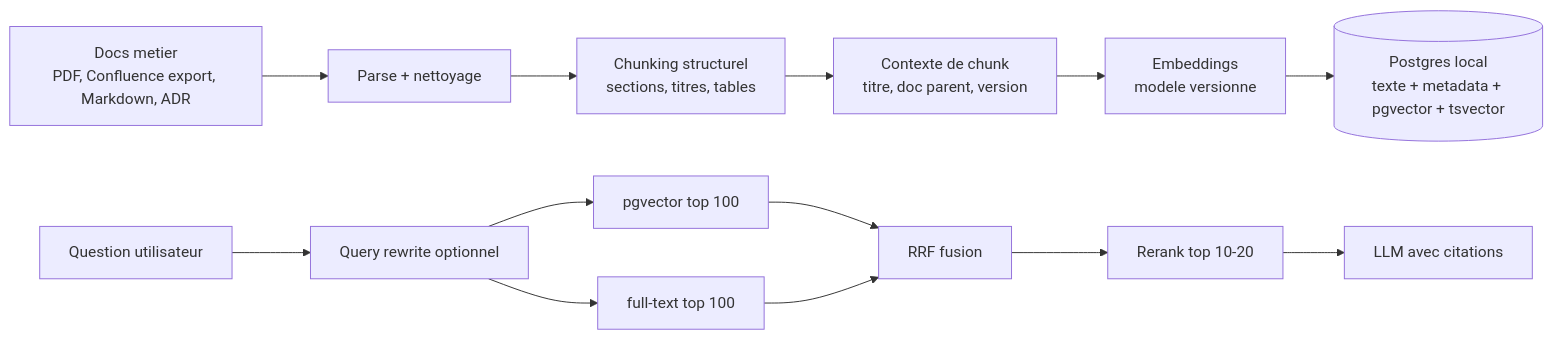
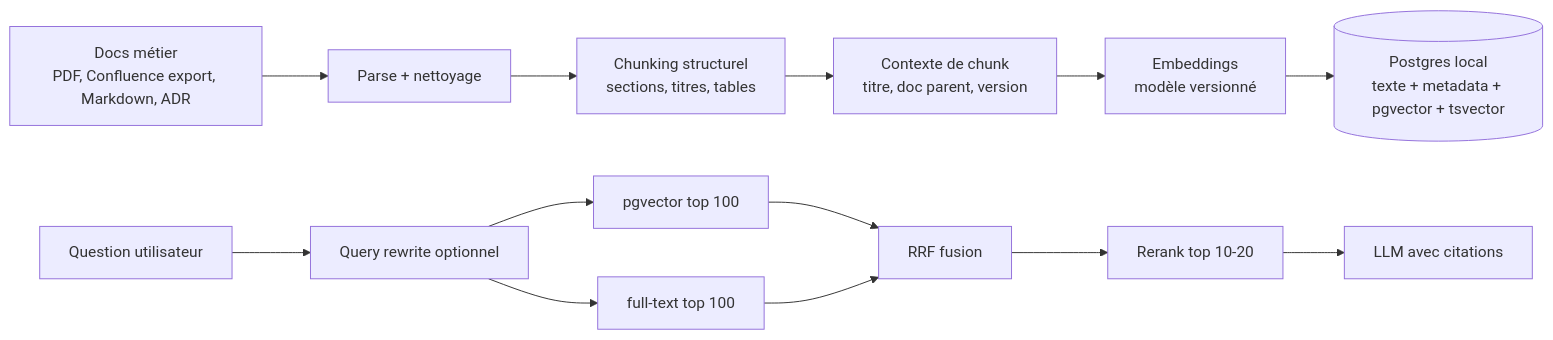
One commit to flcarre/observatoire-dev-ai changed the first of 2 diagrams in content/08-rag-local-postgres.md. Above: the diagram before and after it, drawn with Mermaid. The commit also changed other lines of this file and 8 other files, not shown here.

````diff
--- a/content/08-rag-local-postgres.md
+++ b/content/08-rag-local-postgres.md
@@ -51,15 +51,15 @@
 ```mermaid
 flowchart LR
-    Docs[Docs metier<br/>PDF, Confluence export, Markdown, ADR] --> Parse[Parse + nettoyage]
+    Docs[Docs métier<br/>PDF, Confluence export, Markdown, ADR] --> Parse[Parse + nettoyage]
     Parse --> Chunk[Chunking structurel<br/>sections, titres, tables]
     Chunk --> Context[Contexte de chunk<br/>titre, doc parent, version]
-    Context --> Embed[Embeddings<br/>modele versionne]
+    Context --> Embed[Embeddings<br/>modèle versionné]
     Embed --> PG[(Postgres local<br/>texte + metadata + pgvector + tsvector)]
     Q[Question utilisateur] --> Rewrite[Query rewrite optionnel]
     Rewrite --> Dense[pgvector top 100]
     Rewrite --> Lexical[full-text top 100]
     Dense --> Fusion[RRF fusion]
     Lexical --> Fusion
     Fusion --> Rerank[Rerank top 10-20]
     Rerank --> Answer[LLM avec citations]
 ```
````
